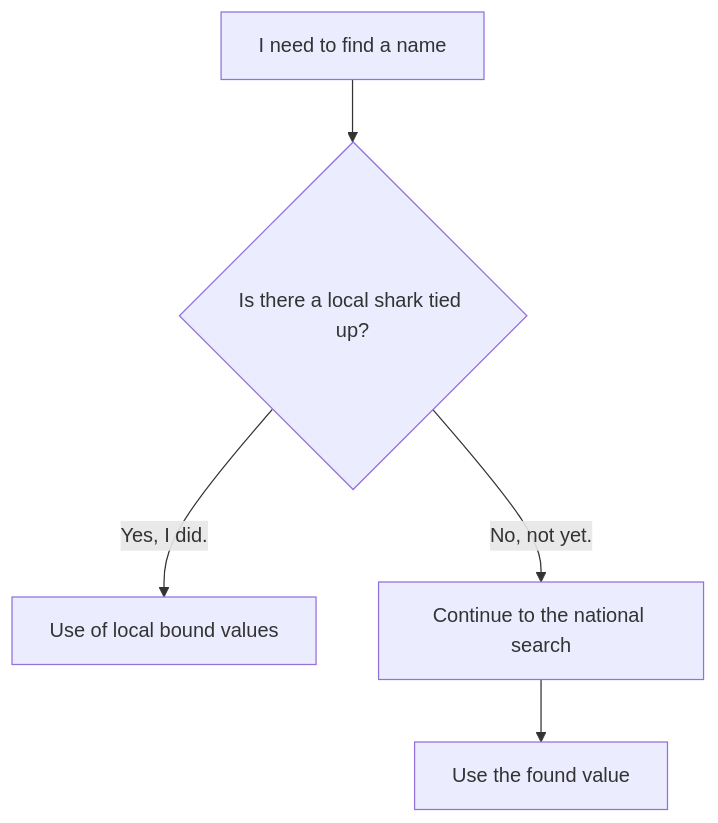
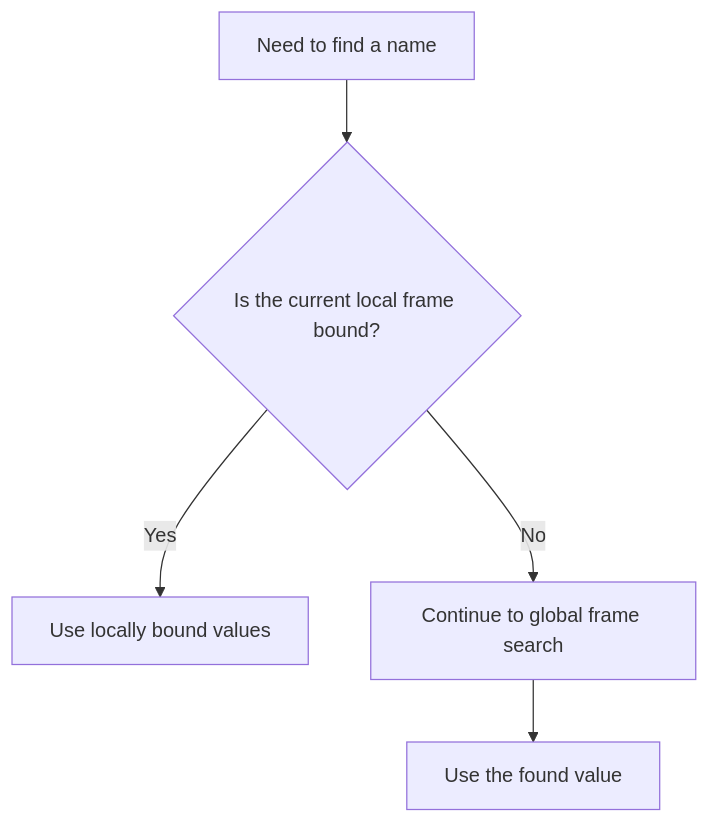
The third of 4 diagrams in src/content/translations/en/notes/cs61a/lecture-02.md (easonlines2007/easonlin-blog), drawn with Mermaid before and after one commit. The commit also changed other lines of this file and 158 other files, not shown here.

````diff
--- a/src/content/translations/en/notes/cs61a/lecture-02.md
+++ b/src/content/translations/en/notes/cs61a/lecture-02.md
@@ -246,7 +426,7 @@
 ```mermaid
 flowchart TD
-    A[I need to find a name] --> B{Is there a local shark tied up?}
-    B -->|Yes, I did.| C[Use of local bound values]
-    B -->|No, not yet.| D[Continue to the national search]
+    A[Need to find a name] --> B{Is the current local frame bound?}
+    B -->|Yes| C[Use locally bound values]
+    B -->|No| D[Continue to global frame search]
     D --> E[Use the found value]
 ```
````
